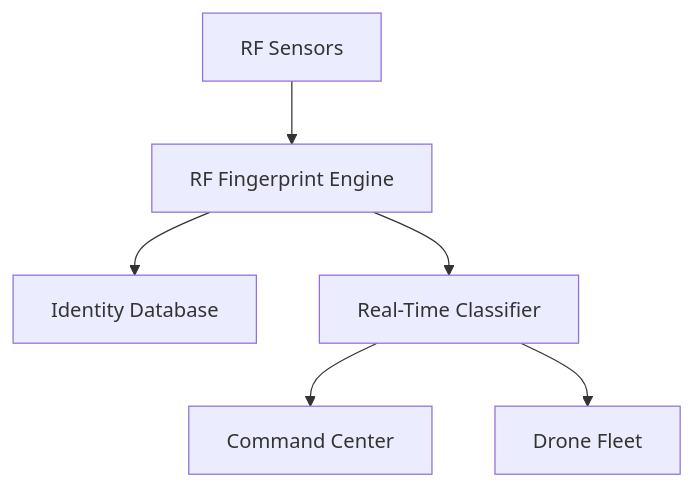
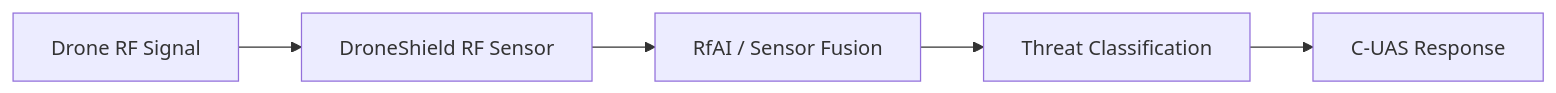
Before and after one commit to vjk7989/project-flex: the sixth of 15 diagrams in RF Fingerprinting.md, drawn with Mermaid. The commit also changed other lines of this file, not shown here.

````diff
--- a/RF Fingerprinting.md
+++ b/RF Fingerprinting.md
@@ -173,8 +387,7 @@
 ```mermaid
-flowchart TD
-    A["RF Sensors"] --> B["RF Fingerprint Engine"]
-    B --> C["Identity Database"]
-    B --> D["Real-Time Classifier"]
-    D --> E["Command Center"]
-    D --> F["Drone Fleet"]
+flowchart LR
+    A["Drone RF Signal"] --> B["DroneShield RF Sensor"]
+    B --> C["RfAI / Sensor Fusion"]
+    C --> D["Threat Classification"]
+    D --> E["C-UAS Response"]
 ```
````
